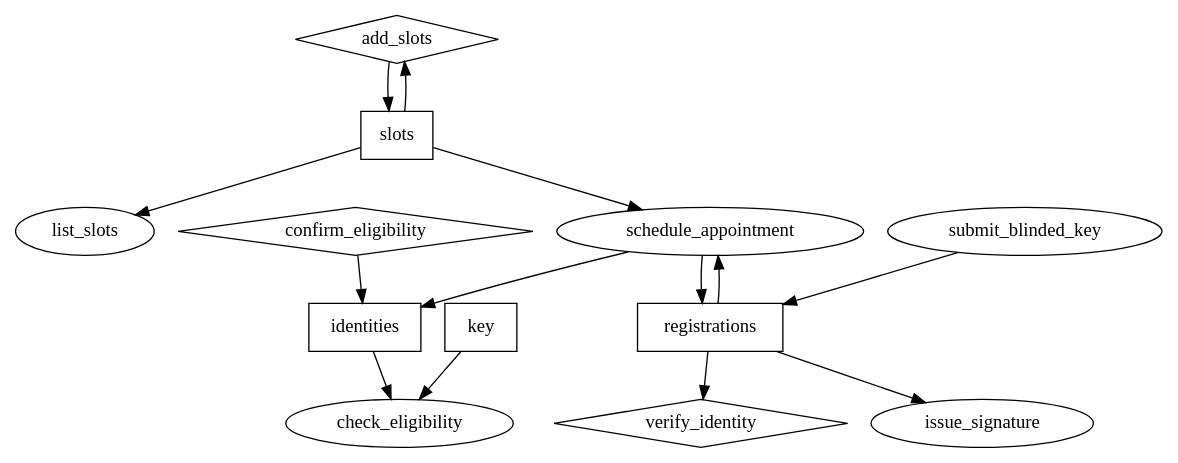
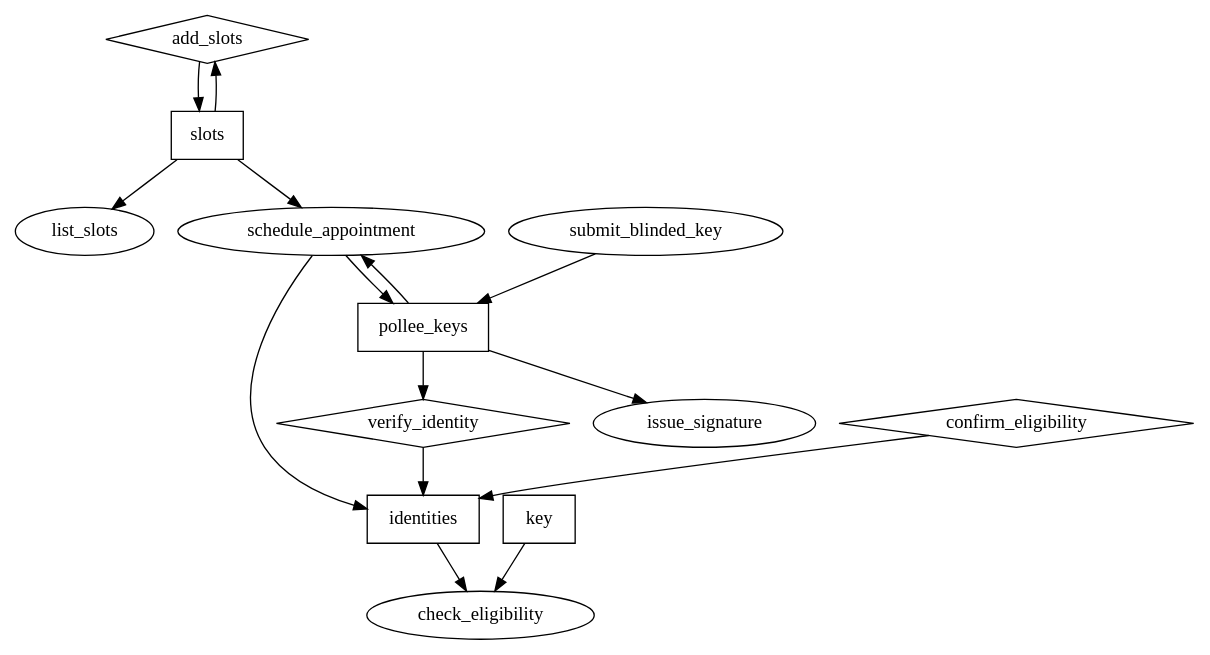
The diagram in doc/registrar.dot (securepollingsystem/securepolling), drawn with Graphviz before and after one commit.

Commit message:
table name

```diff
--- a/doc/registrar.dot
+++ b/doc/registrar.dot
@@ -1,35 +1,45 @@
 digraph {
+/*
+  poller [shape="hexagon"]
+  poller -> list_slots -> poller
+  poller -> schedule_appointment -> poller
+  poller -> submit_blinded_key
+  check_eligibility -> poller
+  issue_signature -> poller
+*/
+
   // Interfaces
   add_slots [shape="diamond"]
   list_slots
   schedule_appointment
   verify_identity [shape="diamond"]
   check_eligibility
   issue_signature
   submit_blinded_key
   confirm_eligibility [shape="diamond"]
 
   // Data
-  key, slots, identities, registrations [shape="box"]
+  key, slots, identities, pollee_keys [shape="box"]
 
   // add_slots, list_slots
   slots -> add_slots -> slots
   slots -> list_slots
 
   // schedule_appointment
   slots -> schedule_appointment
-  registrations -> schedule_appointment -> registrations
+  pollee_keys -> schedule_appointment -> pollee_keys
   schedule_appointment -> identities
 
   // confirm_eligibility
   confirm_eligibility -> identities
 
   // check_eligibility
   key -> check_eligibility
   identities -> check_eligibility
 
   // TODO
-  submit_blinded_key -> registrations
-  registrations -> verify_identity
-  registrations -> issue_signature
+  submit_blinded_key -> pollee_keys
+  pollee_keys -> verify_identity
+  verify_identity -> identities
+  pollee_keys -> issue_signature
 }
```
